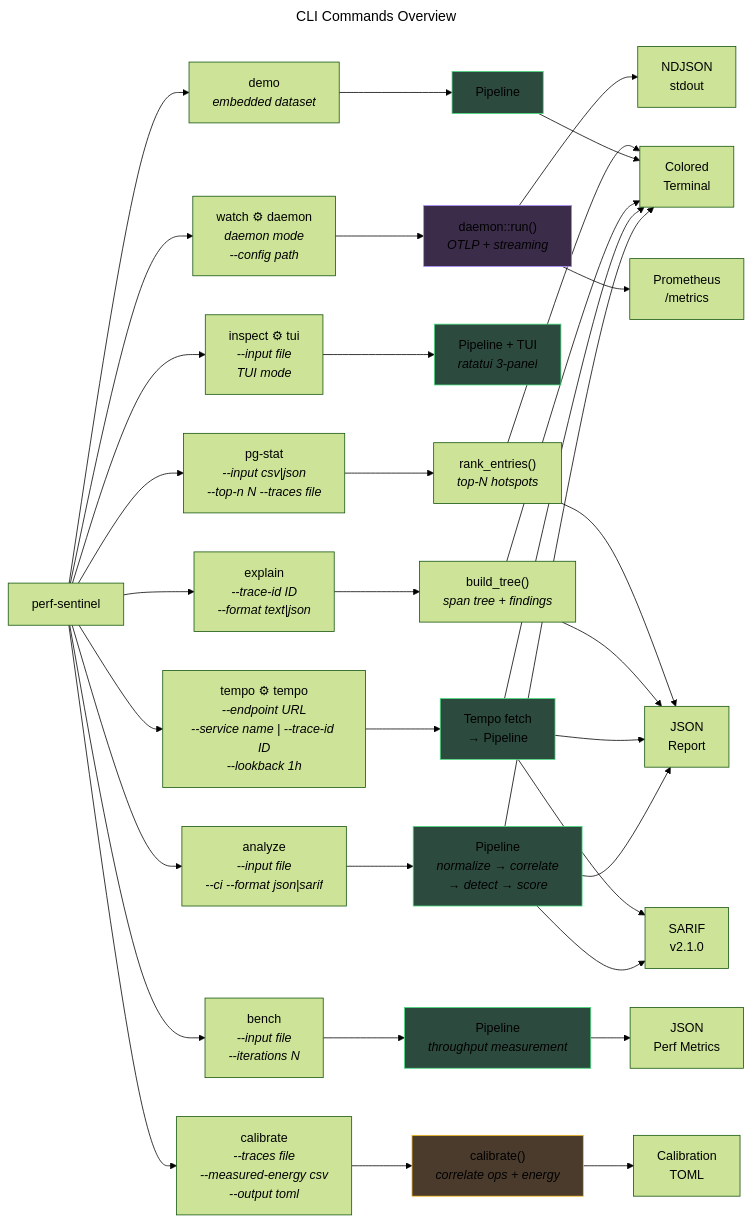
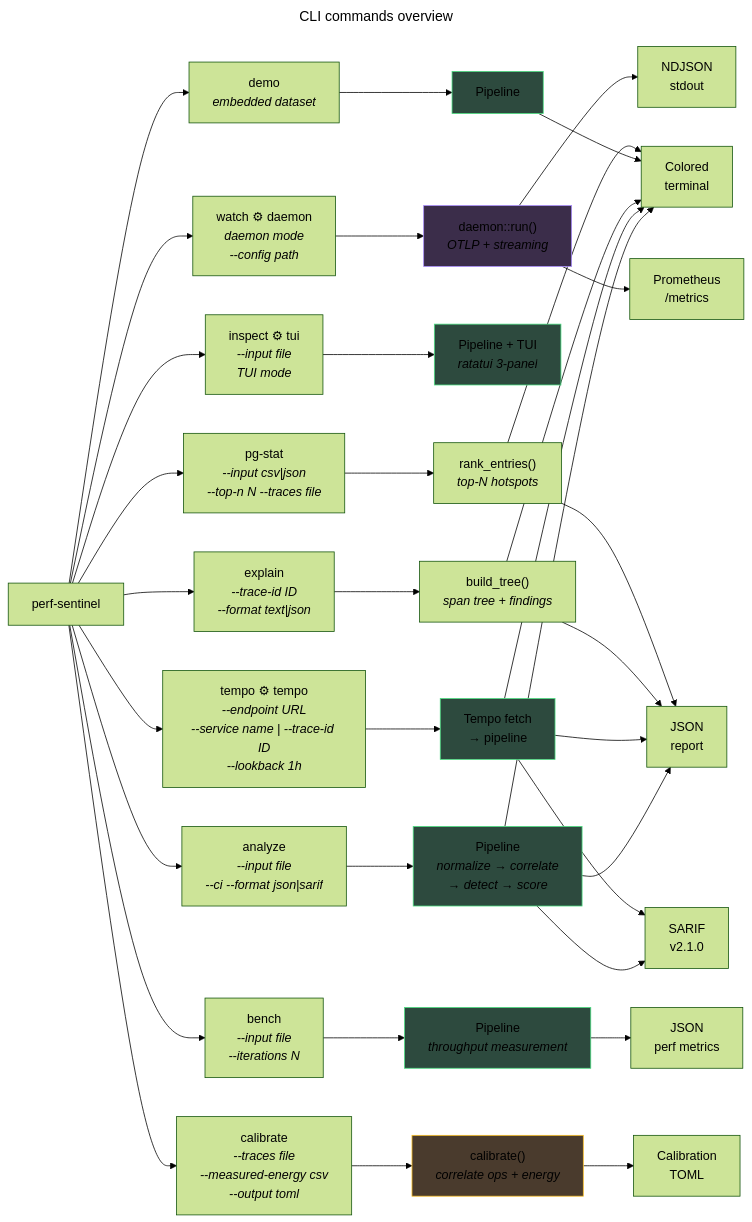
One commit to robintra/perf-sentinel changed the diagram in docs/diagrams/mmd/cli-commands.mmd. Above: the diagram before and after it, drawn with Mermaid (forest theme). The commit also changed 94 other files, not shown here.

```diff
--- a/docs/diagrams/mmd/cli-commands.mmd
+++ b/docs/diagrams/mmd/cli-commands.mmd
@@ -1,73 +1,73 @@
 ---
-title: CLI Commands Overview
+title: CLI commands overview
 ---
 flowchart LR
     cli["perf-sentinel"]
 
     analyze["analyze<br/><i>--input file<br/>--ci --format json|sarif</i>"]
     explain["explain<br/><i>--trace-id ID<br/>--format text|json</i>"]
     inspect["inspect ⚙ tui<br/><i>--input file<br/>TUI mode</i>"]
     watch["watch ⚙ daemon<br/><i>daemon mode<br/>--config path</i>"]
     demo["demo<br/><i>embedded dataset</i>"]
     bench["bench<br/><i>--input file<br/>--iterations N</i>"]
     pgstat["pg-stat<br/><i>--input csv|json<br/>--top-n N --traces file</i>"]
     tempo["tempo ⚙ tempo<br/><i>--endpoint URL<br/>--service name | --trace-id ID<br/>--lookback 1h</i>"]
     calibrate["calibrate<br/><i>--traces file<br/>--measured-energy csv<br/>--output toml</i>"]
 
     analyze_pipeline["Pipeline<br/><i>normalize &rarr; correlate<br/>&rarr; detect &rarr; score</i>"]
-    tempo_pipeline["Tempo fetch<br/>&rarr; Pipeline"]
+    tempo_pipeline["Tempo fetch<br/>&rarr; pipeline"]
     inspect_pipeline["Pipeline + TUI<br/><i>ratatui 3-panel</i>"]
     demo_pipeline["Pipeline"]
     bench_pipeline["Pipeline<br/><i>throughput measurement</i>"]
     tree["build_tree()<br/><i>span tree + findings</i>"]
     daemon["daemon::run()<br/><i>OTLP + streaming</i>"]
     ranking["rank_entries()<br/><i>top-N hotspots</i>"]
     cal_engine["calibrate()<br/><i>correlate ops + energy</i>"]
 
-    report_text["Colored<br/>Terminal"]
-    report_json["JSON<br/>Report"]
+    report_text["Colored<br/>terminal"]
+    report_json["JSON<br/>report"]
     report_sarif["SARIF<br/>v2.1.0"]
     report_ndjson["NDJSON<br/>stdout"]
     report_metrics["Prometheus<br/>/metrics"]
     report_toml["Calibration<br/>TOML"]
-    report_bench["JSON<br/>Perf Metrics"]
+    report_bench["JSON<br/>perf metrics"]
 
     cli --> analyze & explain & inspect & watch & demo & bench & pgstat & tempo & calibrate
 
     analyze --> analyze_pipeline
     analyze_pipeline --> report_text
     analyze_pipeline --> report_json
     analyze_pipeline --> report_sarif
 
     tempo --> tempo_pipeline
     tempo_pipeline --> report_text
     tempo_pipeline --> report_json
     tempo_pipeline --> report_sarif
 
     explain --> tree
     tree --> report_text
     tree --> report_json
 
     inspect --> inspect_pipeline
 
     watch --> daemon
     daemon --> report_ndjson
     daemon --> report_metrics
 
     demo --> demo_pipeline --> report_text
 
     bench --> bench_pipeline --> report_bench
 
     pgstat --> ranking
     ranking --> report_text
     ranking --> report_json
 
     calibrate --> cal_engine --> report_toml
 
     style analyze_pipeline fill:#2d4a3e,stroke:#4ade80
     style tempo_pipeline fill:#2d4a3e,stroke:#4ade80
     style demo_pipeline fill:#2d4a3e,stroke:#4ade80
     style bench_pipeline fill:#2d4a3e,stroke:#4ade80
     style inspect_pipeline fill:#2d4a3e,stroke:#4ade80
     style cal_engine fill:#4a3b2d,stroke:#fbbf24
     style daemon fill:#3b2d4a,stroke:#a78bfa
```
